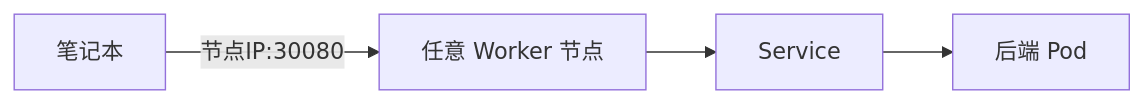
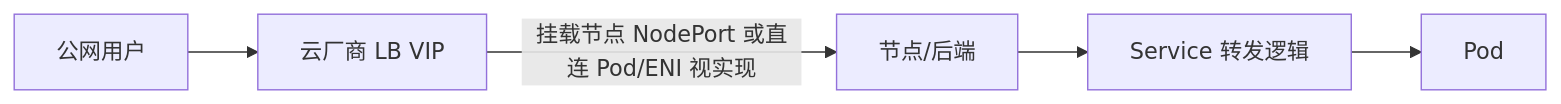
Before and after one commit to cityofwang/container-cloud-interview-prep: the fifth of 6 diagrams in notes/A-target/k8s-service-ingress.md, drawn with Mermaid. The commit also changed other lines of this file and 17 other files, not shown here.

````diff
--- a/notes/A-target/k8s-service-ingress.md
+++ b/notes/A-target/k8s-service-ingress.md
@@ -93,6 +234,7 @@
 ```mermaid
 flowchart LR
-  Laptop[笔记本] -->|节点IP:30080| Node[任意 Worker 节点]
-  Node --> Svc[Service]
-  Svc --> Pod[后端 Pod]
+  U[公网用户] --> CLB[云厂商 LB VIP]
+  CLB -->|挂载节点 NodePort 或直连 Pod/ENI 视实现| N[节点/后端]
+  N --> Svc[Service 转发逻辑]
+  Svc --> P[Pod]
 ```
````
